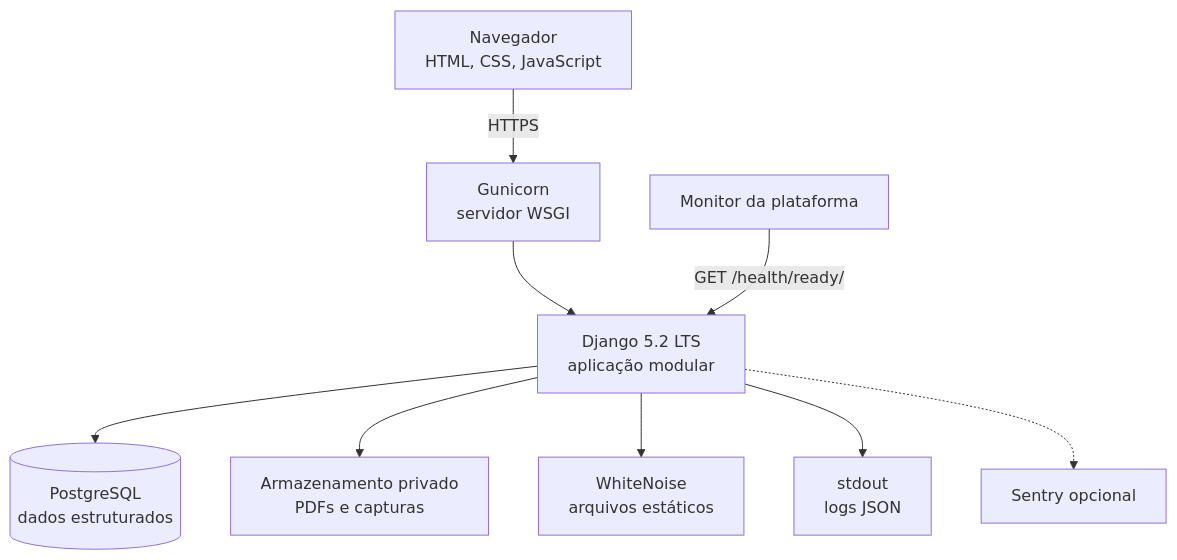
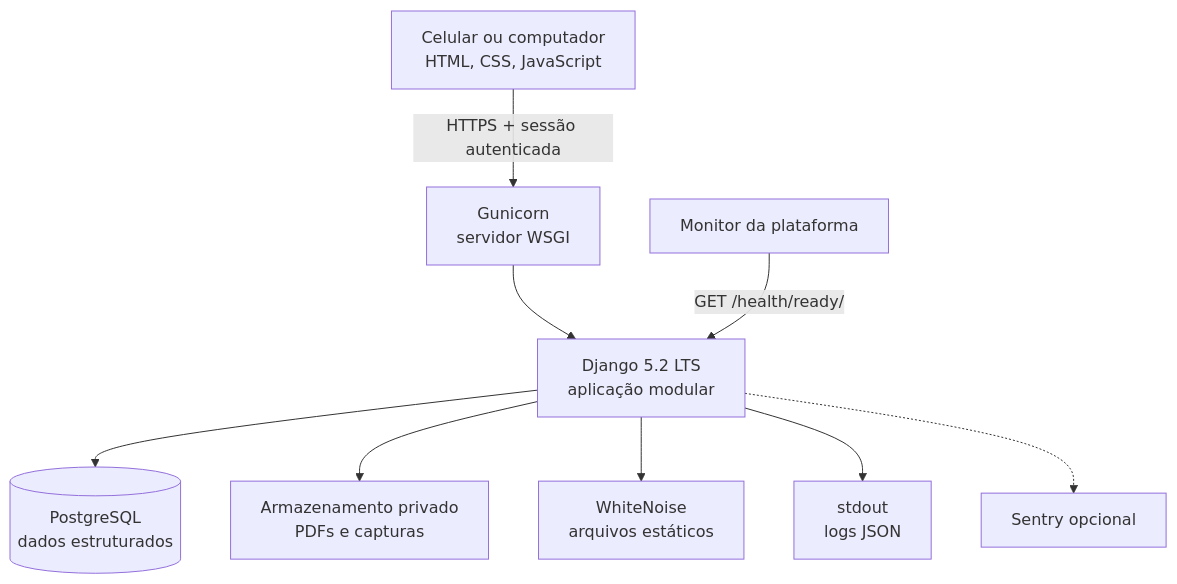
The second of 4 diagrams in docs/ARQUITETURA.md (Bulgaroni10/meu-pdi), drawn with Mermaid before and after one commit. The commit also changed other lines of this file and 24 other files, not shown here.

````diff
--- a/docs/ARQUITETURA.md
+++ b/docs/ARQUITETURA.md
@@ -19,11 +19,11 @@
 ```mermaid
 flowchart TB
-    B["Navegador<br/>HTML, CSS, JavaScript"] -->|HTTPS| G["Gunicorn<br/>servidor WSGI"]
+    B["Celular ou computador<br/>HTML, CSS, JavaScript"] -->|HTTPS + sessão autenticada| G["Gunicorn<br/>servidor WSGI"]
     G --> D["Django 5.2 LTS<br/>aplicação modular"]
     D --> PG[("PostgreSQL<br/>dados estruturados")]
     D --> FS["Armazenamento privado<br/>PDFs e capturas"]
     D --> ST["WhiteNoise<br/>arquivos estáticos"]
     D --> LOG["stdout<br/>logs JSON"]
     D -.-> SEN["Sentry opcional"]
     HC["Monitor da plataforma"] -->|GET /health/ready/| D
 ```
````
